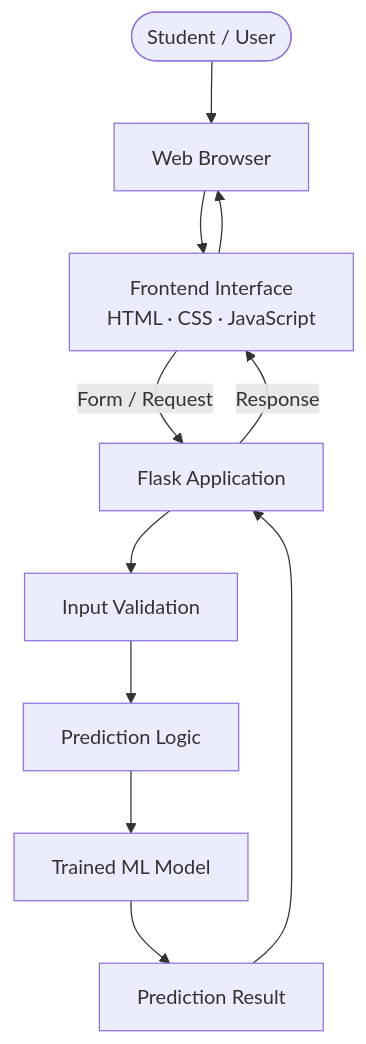
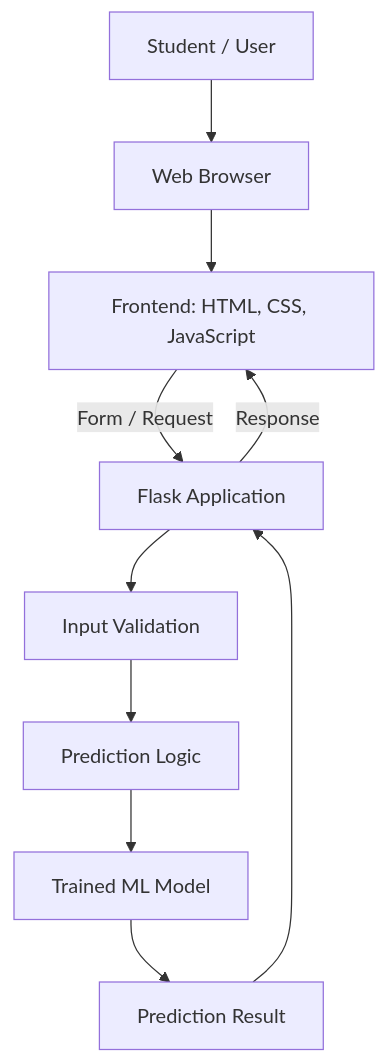
The first of 2 diagrams in README.md (adityaraj150107-star/SmartPlacementPredictions), drawn with Mermaid before and after one commit. The commit also changed other lines of this file, not shown here.

````diff
--- a/README.md
+++ b/README.md
@@ -53,13 +64,12 @@
 ```mermaid
-flowchart TB
-    U([Student / User]) --> B[Web Browser]
-    B --> UI[Frontend Interface<br/>HTML · CSS · JavaScript]
-    UI -->|Form / Request| APP[Flask Application]
-    APP --> VAL[Input Validation]
-    VAL --> PRED[Prediction Logic]
-    PRED --> MODEL[Trained ML Model]
-    MODEL --> RESULT[Prediction Result]
+flowchart TD
+    U["Student / User"] --> B["Web Browser"]
+    B --> UI["Frontend: HTML, CSS, JavaScript"]
+    UI -->|"Form / Request"| APP["Flask Application"]
+    APP --> VAL["Input Validation"]
+    VAL --> PRED["Prediction Logic"]
+    PRED --> MODEL["Trained ML Model"]
+    MODEL --> RESULT["Prediction Result"]
     RESULT --> APP
-    APP -->|Response| UI
-    UI --> B
+    APP -->|"Response"| UI
 ```
````
